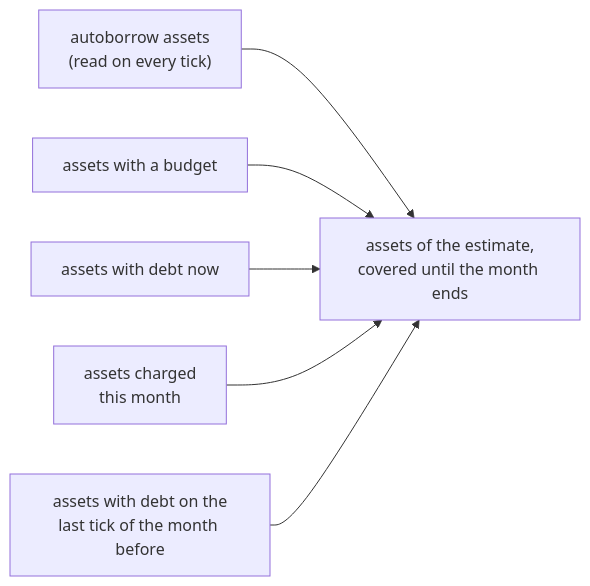
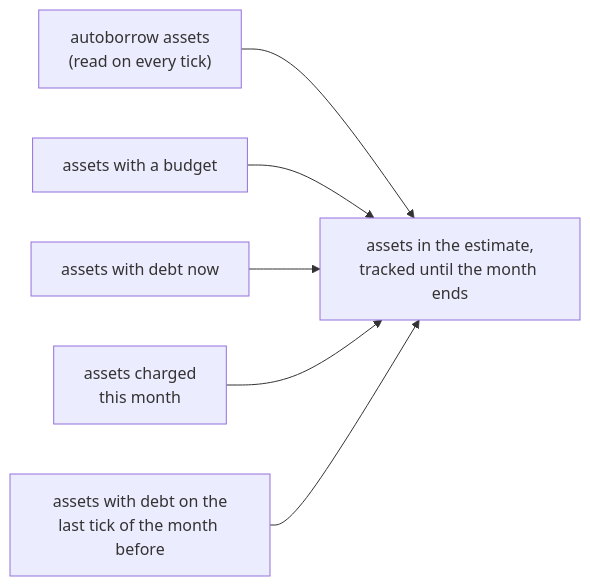
One commit to c9s/bbgo changed the third of 7 diagrams in doc/design/margin-interest-budget.md. Above: the diagram before and after it, drawn with Mermaid. The commit also changed other lines of this file, not shown here.

````diff
--- a/doc/design/margin-interest-budget.md
+++ b/doc/design/margin-interest-budget.md
@@ -265,9 +105,9 @@
 ```mermaid
 flowchart LR
     C["autoborrow assets<br/>(read on every tick)"] --> S
     B["assets with a budget"] --> S
     D["assets with debt now"] --> S
     R["assets charged<br/>this month"] --> S
     P["assets with debt on the<br/>last tick of the month before"] --> S
-    S["assets of the estimate,<br/>covered until the month ends"]
+    S["assets in the estimate,<br/>tracked until the month ends"]
 ```
````
